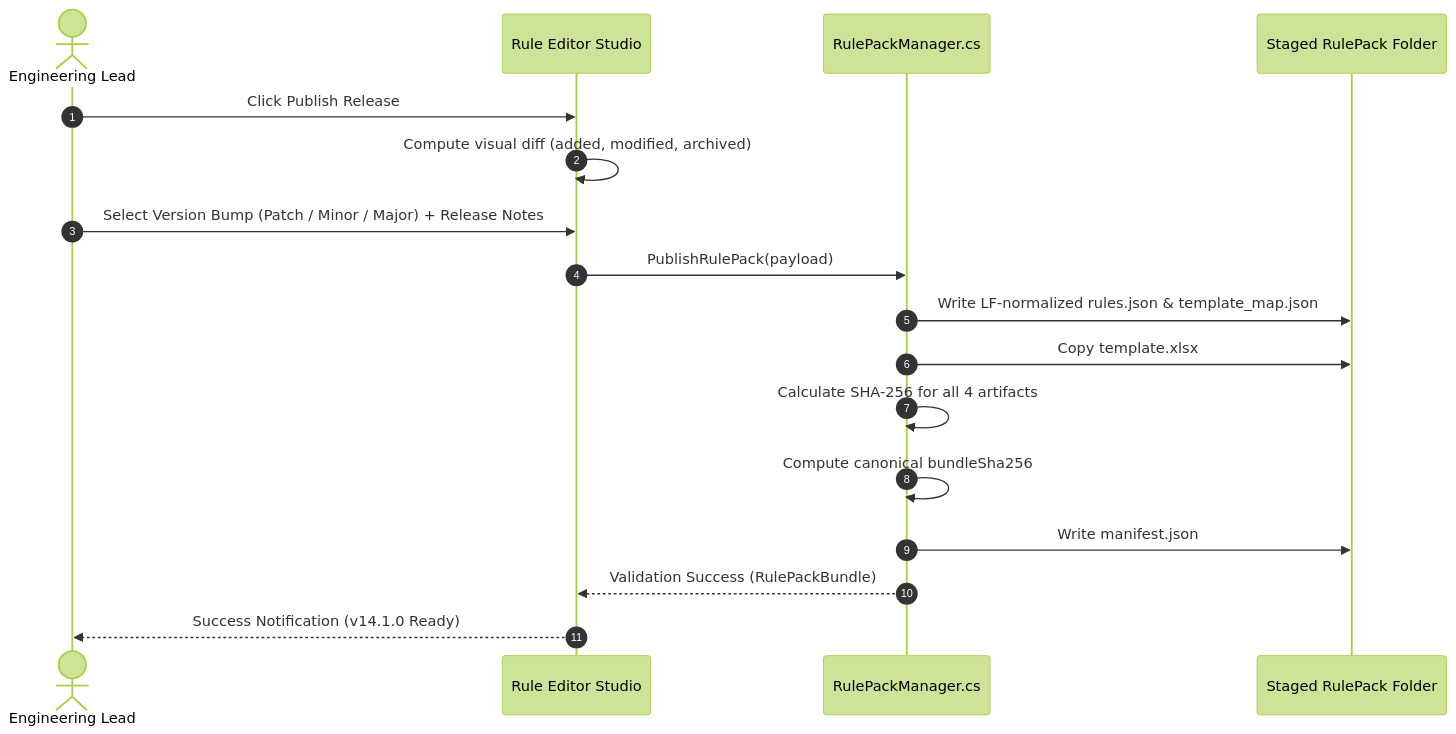
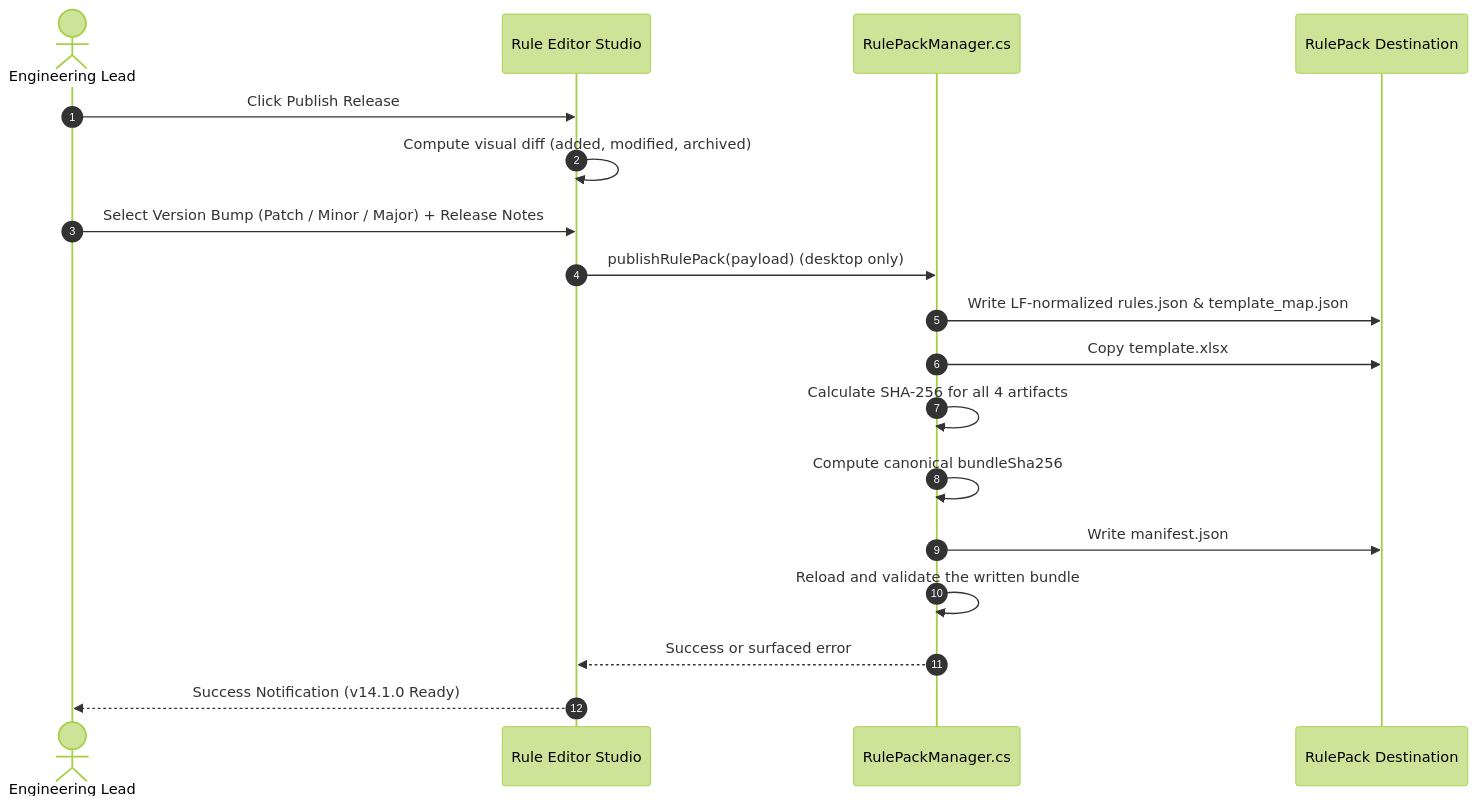
One commit to brandonbrown215bb-boop/Detailer-Verification-List-Project changed the third of 3 diagrams in docs/rule_and_logic_editor_guide.md. Above: the diagram before and after it, drawn with Mermaid (forest theme). The commit also changed other lines of this file and 45 other files, not shown here.

````diff
--- a/docs/rule_and_logic_editor_guide.md
+++ b/docs/rule_and_logic_editor_guide.md
@@ -462,20 +433,21 @@
 ```mermaid
 sequenceDiagram
     autonumber
     actor Lead as Engineering Lead
     participant Studio as Rule Editor Studio
     participant Mgr as RulePackManager.cs
-    participant Disk as Staged RulePack Folder
+    participant Disk as RulePack Destination
 
     Lead->>Studio: Click Publish Release
     Studio->>Studio: Compute visual diff (added, modified, archived)
     Lead->>Studio: Select Version Bump (Patch / Minor / Major) + Release Notes
-    Studio->>Mgr: PublishRulePack(payload)
+    Studio->>Mgr: publishRulePack(payload) (desktop only)
     Mgr->>Disk: Write LF-normalized rules.json & template_map.json
     Mgr->>Disk: Copy template.xlsx
     Mgr->>Mgr: Calculate SHA-256 for all 4 artifacts
     Mgr->>Mgr: Compute canonical bundleSha256
     Mgr->>Disk: Write manifest.json
-    Mgr-->>Studio: Validation Success (RulePackBundle)
+    Mgr->>Mgr: Reload and validate the written bundle
+    Mgr-->>Studio: Success or surfaced error
     Studio-->>Lead: Success Notification (v14.1.0 Ready)
 ```
````
